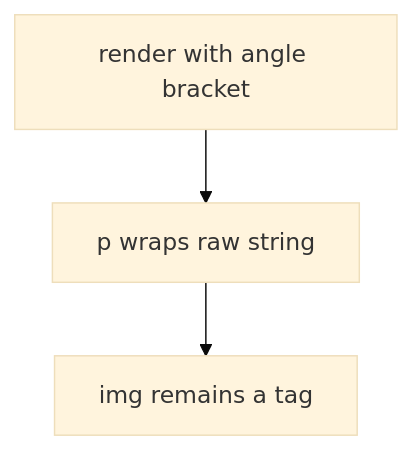
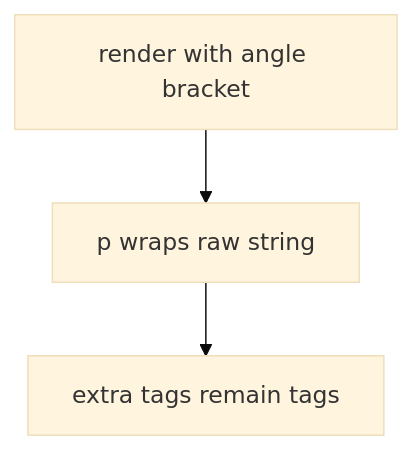
Before and after one commit to ishitvagoel/LearnSecurity: the diagram in content/modules/6/6.2/lessons/03-break.md, drawn with Mermaid (base theme). The commit also changed other lines of this file and 55 other files, not shown here.

````diff
--- a/content/modules/6/6.2/lessons/03-break.md
+++ b/content/modules/6/6.2/lessons/03-break.md
@@ -17,5 +26,5 @@
 ```mermaid
 flowchart TD
   Call["render with angle bracket"] --> Echo["p wraps raw string"]
-  Echo --> Tag["img remains a tag"]
+  Echo --> Tag["extra tags remain tags"]
 ```
````
